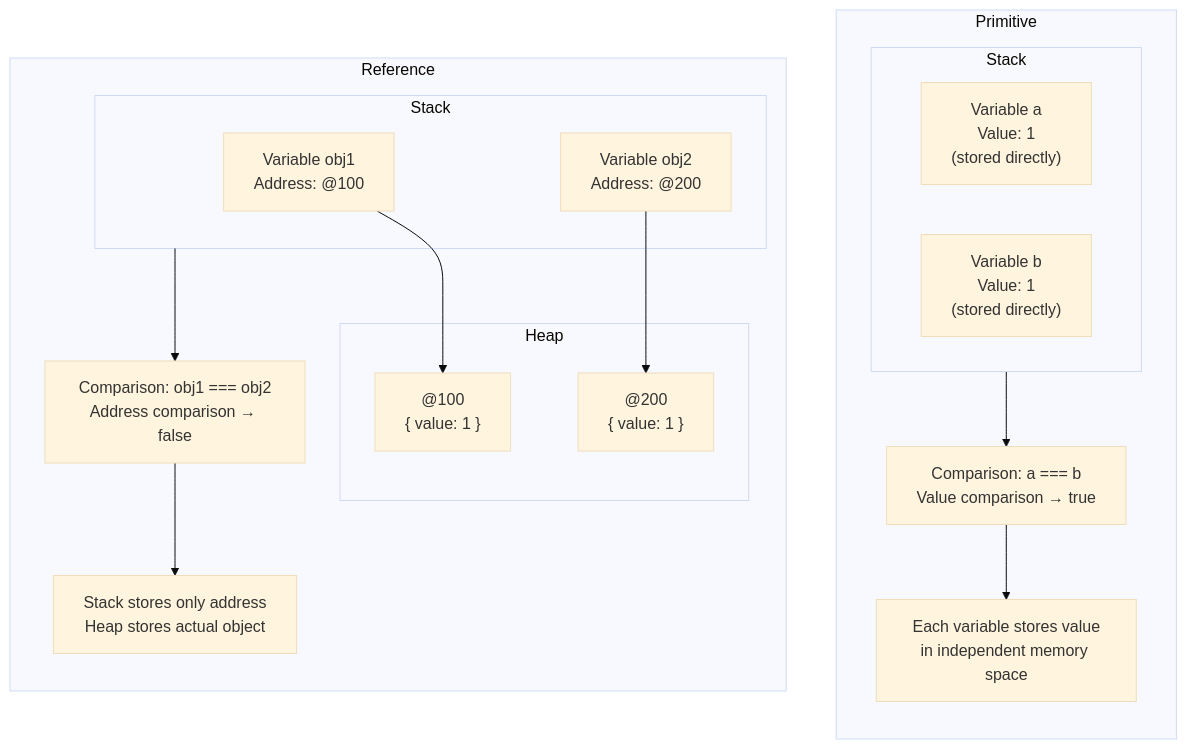
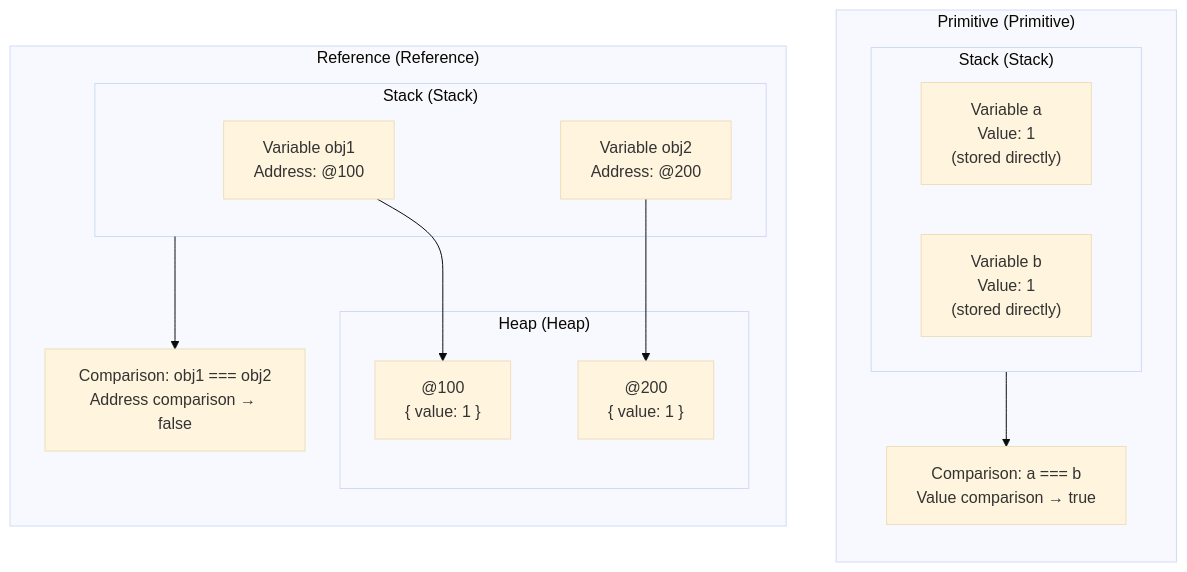
One commit to codefug/codefug.github.io changed the fourth of 17 diagrams in markdown/2026-01-18/en/content.mdx. Above: the diagram before and after it, drawn with Mermaid (base theme). The commit also changed other lines of this file and 2 other files, not shown here.

````diff
--- a/markdown/2026-01-18/en/content.mdx
+++ b/markdown/2026-01-18/en/content.mdx
@@ -196,34 +154,30 @@
 ```mermaid
 flowchart TB
-    subgraph Primitive["Primitive"]
+    subgraph Primitive["Primitive (Primitive)"]
         direction TB
-        subgraph Stack1["Stack"]
+        subgraph Stack1["Stack (Stack)"]
             A["Variable a<br/>Value: 1<br/>(stored directly)"]
             B["Variable b<br/>Value: 1<br/>(stored directly)"]
         end
         Compare1["Comparison: a === b<br/>Value comparison → true"]
-        Note1["Each variable stores value<br/>in independent memory space"]
     end
 
-    subgraph Reference["Reference"]
+    subgraph Reference["Reference (Reference)"]
         direction TB
-        subgraph Stack2["Stack"]
+        subgraph Stack2["Stack (Stack)"]
             C["Variable obj1<br/>Address: @100"]
             D["Variable obj2<br/>Address: @200"]
         end
-        subgraph Heap2["Heap"]
+        subgraph Heap2["Heap (Heap)"]
             O1["@100<br/>{ value: 1 }"]
             O2["@200<br/>{ value: 1 }"]
         end
         Compare2["Comparison: obj1 === obj2<br/>Address comparison → false"]
-        Note2["Stack stores only address<br/>Heap stores actual object"]
     end
 
     Stack1 --> Compare1
-    Compare1 --> Note1
-    
+
     Stack2 --> Compare2
     C --> O1
     D --> O2
-    Compare2 --> Note2
 ```
````
